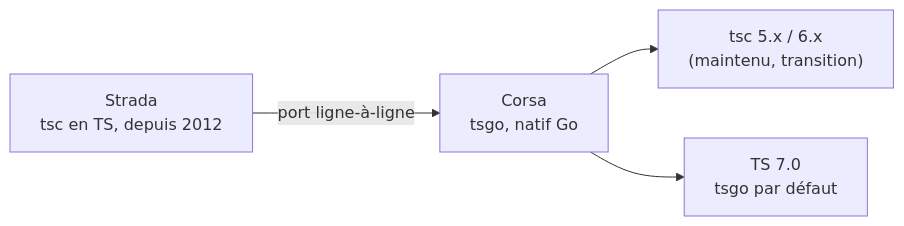
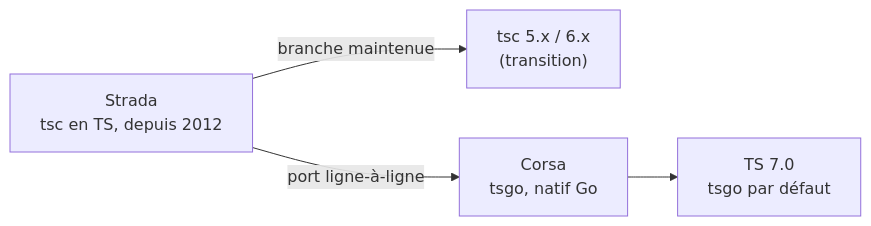
One commit to lsagetlethias/tsgo-parists-20260609 changed the diagram in slides/slides.md. Above: the diagram before and after it, drawn with Mermaid. The commit also changed other lines of this file and 4 other files, not shown here.

````diff
--- a/slides/slides.md
+++ b/slides/slides.md
@@ -88,6 +277,6 @@
 ```mermaid {theme: 'neutral', scale: 0.95}
 flowchart LR
-  S["Strada<br/>tsc en TS, depuis 2012"] -->|"port ligne-à-ligne"| C["Corsa<br/>tsgo, natif Go"]
-  C --> T["tsc 5.x / 6.x<br/>(maintenu, transition)"]
+  S["Strada<br/>tsc en TS, depuis 2012"] -->|"branche maintenue"| T["tsc 5.x / 6.x<br/>(transition)"]
+  S -->|"port ligne-à-ligne"| C["Corsa<br/>tsgo, natif Go"]
   C --> N["TS 7.0<br/>tsgo par défaut"]
 ```
````
